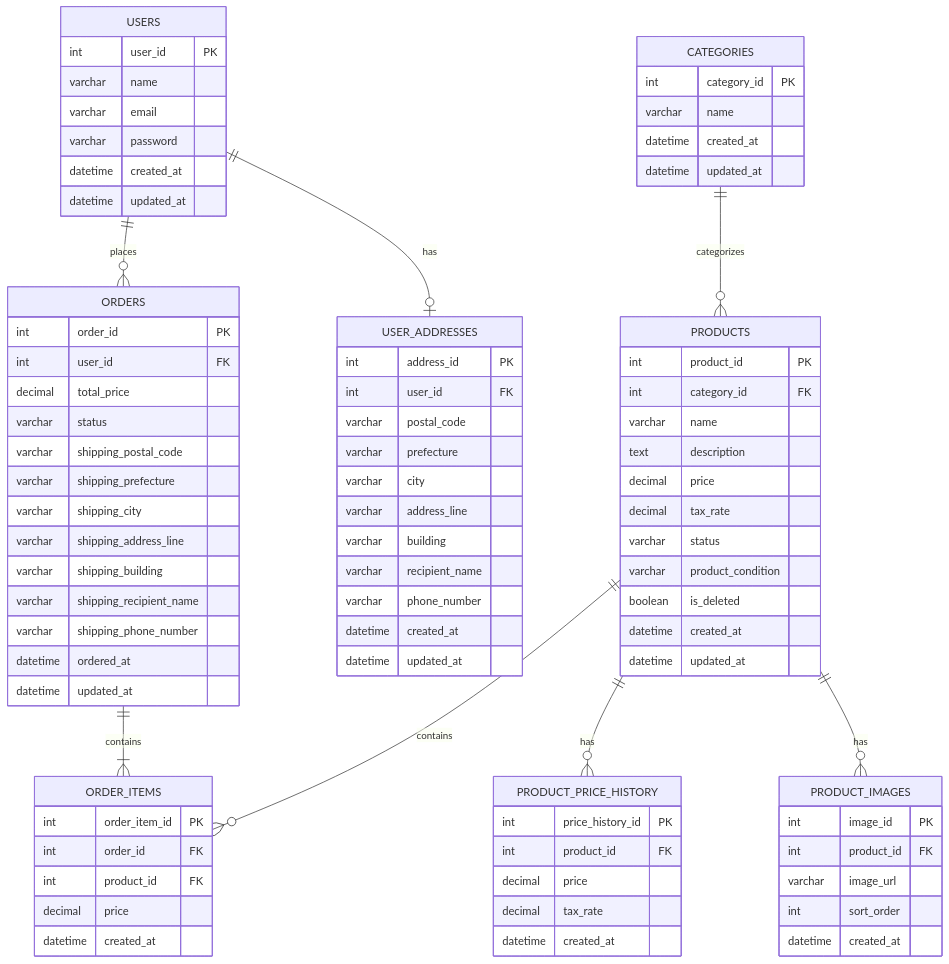
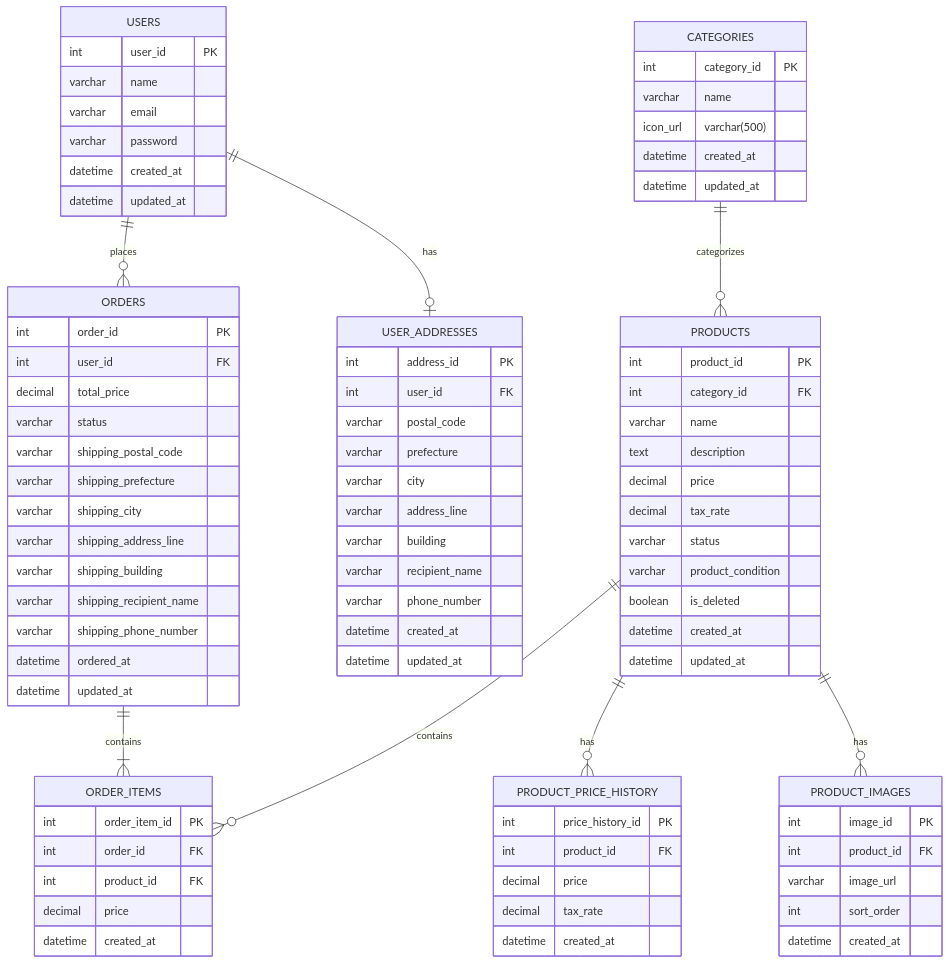
One commit to Amemiya0721/cycle-ec changed the diagram in Cycle-ec/ER図.md. Above: the diagram before and after it, drawn with Mermaid. The commit also changed 31 other files, not shown here.

```diff
--- a/Cycle-ec/ER図.md
+++ b/Cycle-ec/ER図.md
@@ -39,6 +39,7 @@
     CATEGORIES {
         int category_id PK
         varchar name
+        icon_url varchar(500)
         datetime created_at
         datetime updated_at
     }
```
